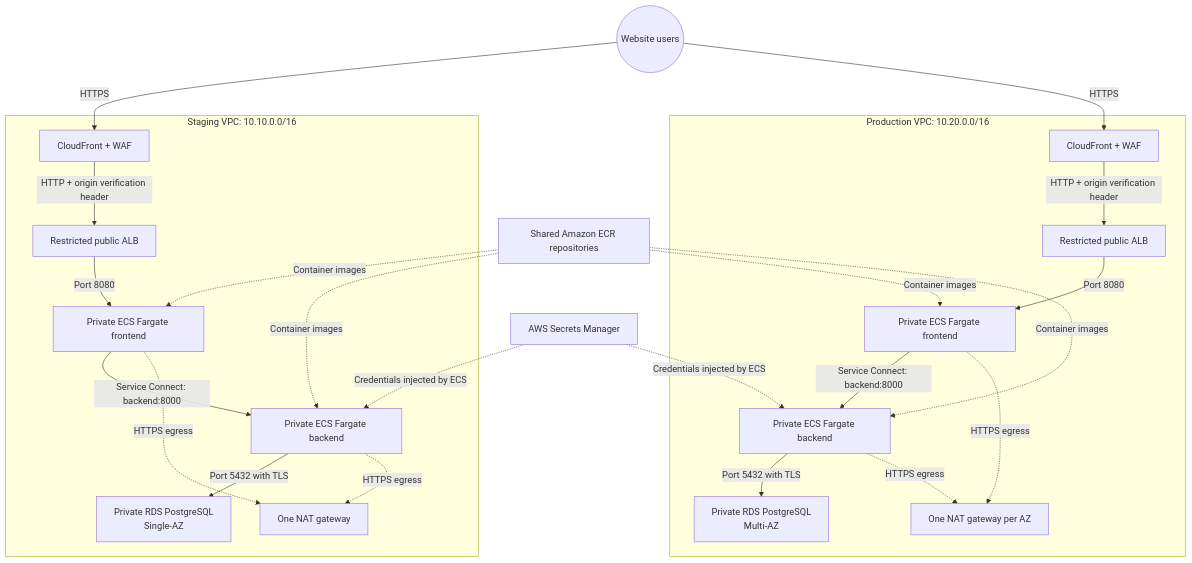
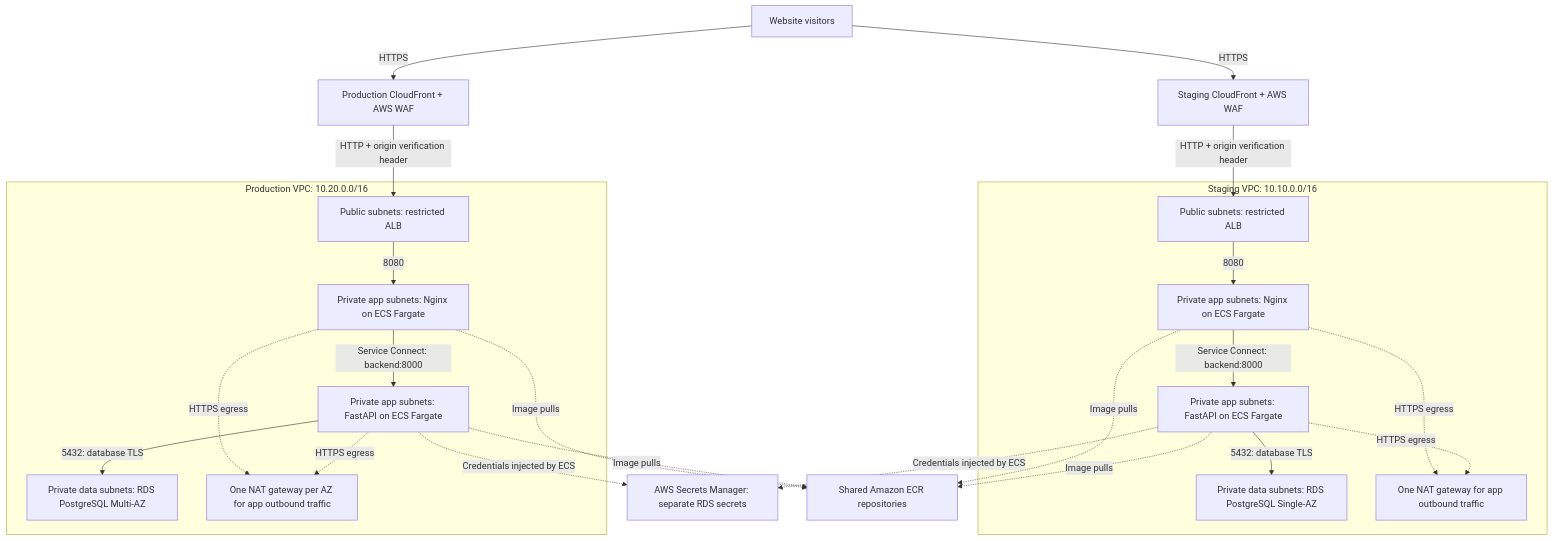
One commit to TechWorld707/jenkins-pipeline changed the first of 3 diagrams in README.md. Above: the diagram before and after it, drawn with Mermaid. The commit also changed other lines of this file and 6 other files, not shown here.

````diff
--- a/README.md
+++ b/README.md
@@ -17,45 +50,41 @@
 ```mermaid
-flowchart TB
-    Users((Website users))
+flowchart TD
+    Visitors[Website visitors]
+    Visitors -->|HTTPS| StageEdge[Staging CloudFront + AWS WAF]
+    Visitors -->|HTTPS| ProdEdge[Production CloudFront + AWS WAF]
 
-    subgraph Staging["Staging VPC: 10.10.0.0/16"]
-        SCF["CloudFront + WAF"]
-        SALB["Restricted public ALB"]
-        SFront["Private ECS Fargate frontend"]
-        SBack["Private ECS Fargate backend"]
-        SDB["Private RDS PostgreSQL<br/>Single-AZ"]
-        SNAT["One NAT gateway"]
-        SCF -->|"HTTP + origin verification header"| SALB
-        SALB -->|"Port 8080"| SFront
-        SFront -->|"Service Connect: backend:8000"| SBack
-        SBack -->|"Port 5432 with TLS"| SDB
-        SFront -. "HTTPS egress" .-> SNAT
-        SBack -. "HTTPS egress" .-> SNAT
+    subgraph Staging[Staging VPC: 10.10.0.0/16]
+        StageALB[Public subnets: restricted ALB]
+        StageFront[Private app subnets: Nginx on ECS Fargate]
+        StageBack[Private app subnets: FastAPI on ECS Fargate]
+        StageDB[Private data subnets: RDS PostgreSQL Single-AZ]
+        StageNAT[One NAT gateway for app outbound traffic]
+        StageALB -->|8080| StageFront
+        StageFront -->|Service Connect: backend:8000| StageBack
+        StageBack -->|5432: database TLS| StageDB
+        StageFront -. HTTPS egress .-> StageNAT
+        StageBack -. HTTPS egress .-> StageNAT
     end
 
-    subgraph Production["Production VPC: 10.20.0.0/16"]
-        PCF["CloudFront + WAF"]
-        PALB["Restricted public ALB"]
-        PFront["Private ECS Fargate frontend"]
-        PBack["Private ECS Fargate backend"]
-        PDB["Private RDS PostgreSQL<br/>Multi-AZ"]
-        PNAT["One NAT gateway per AZ"]
-        PCF -->|"HTTP + origin verification header"| PALB
-        PALB -->|"Port 8080"| PFront
-        PFront -->|"Service Connect: backend:8000"| PBack
-        PBack -->|"Port 5432 with TLS"| PDB
-        PFront -. "HTTPS egress" .-> PNAT
-        PBack -. "HTTPS egress" .-> PNAT
+    subgraph Production[Production VPC: 10.20.0.0/16]
+        ProdALB[Public subnets: restricted ALB]
+        ProdFront[Private app subnets: Nginx on ECS Fargate]
+        ProdBack[Private app subnets: FastAPI on ECS Fargate]
+        ProdDB[Private data subnets: RDS PostgreSQL Multi-AZ]
+        ProdNAT[One NAT gateway per AZ for app outbound traffic]
+        ProdALB -->|8080| ProdFront
+        ProdFront -->|Service Connect: backend:8000| ProdBack
+        ProdBack -->|5432: database TLS| ProdDB
+        ProdFront -. HTTPS egress .-> ProdNAT
+        ProdBack -. HTTPS egress .-> ProdNAT
     end
 
-    Users -->|HTTPS| SCF
-    Users -->|HTTPS| PCF
-    ECR["Shared Amazon ECR repositories"]
-    Secrets["AWS Secrets Manager"]
-    ECR -. "Container images" .-> SFront
-    ECR -. "Container images" .-> SBack
-    ECR -. "Container images" .-> PFront
-    ECR -. "Container images" .-> PBack
-    Secrets -. "Credentials injected by ECS" .-> SBack
-    Secrets -. "Credentials injected by ECS" .-> PBack
+    StageEdge -->|HTTP + origin verification header| StageALB
+    ProdEdge -->|HTTP + origin verification header| ProdALB
+    StageBack -. Credentials injected by ECS .-> Secrets[AWS Secrets Manager: separate RDS secrets]
+    ProdBack -. Credentials injected by ECS .-> Secrets
+    StageFront -. Image pulls .-> ECR[Shared Amazon ECR repositories]
+    StageBack -. Image pulls .-> ECR
+    ProdFront -. Image pulls .-> ECR
+    ProdBack -. Image pulls .-> ECR
 ```
````
